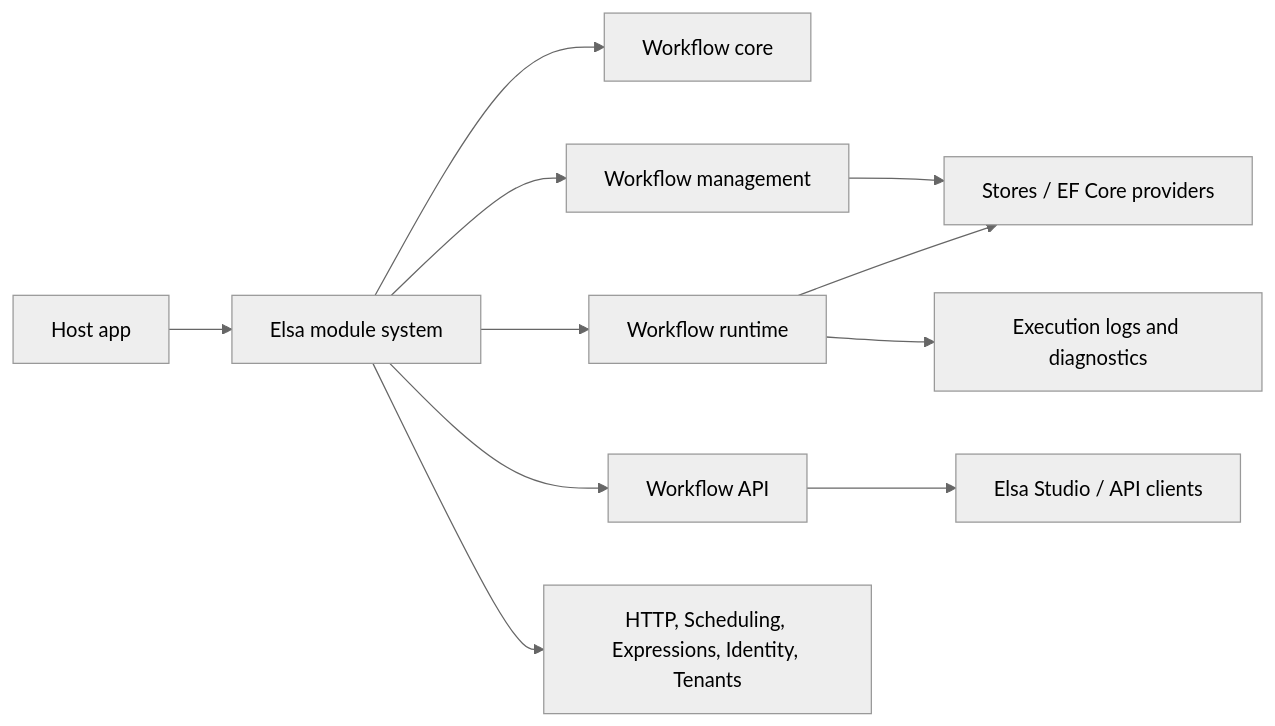
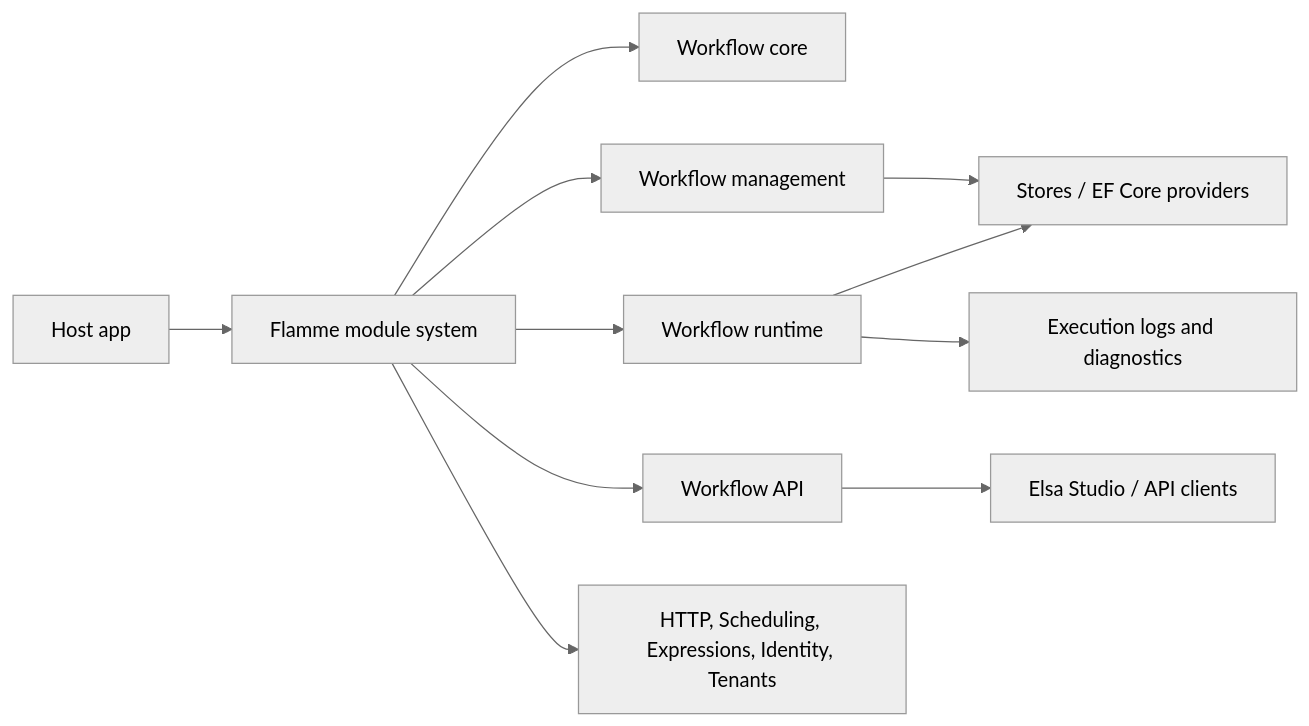
The diagram in doc/wiki/README.md (DenDeline/flamme-contributions), drawn with Mermaid (neutral theme) before and after one commit. The commit also changed other lines of this file and 8355 other files, not shown here.

First line of the commit message:
refactor(dotnet)!: rename packages, namespaces, and host APIs to Flamme (#76)

````diff
--- a/doc/wiki/README.md
+++ b/doc/wiki/README.md
@@ -23,13 +23,13 @@
 ```mermaid
 flowchart LR
-    App["Host app"] --> Module["Elsa module system"]
+    App["Host app"] --> Module["Flamme module system"]
     Module --> Core["Workflow core"]
     Module --> Management["Workflow management"]
     Module --> Runtime["Workflow runtime"]
     Module --> Api["Workflow API"]
     Module --> Extensions["HTTP, Scheduling, Expressions, Identity, Tenants"]
     Management --> Persistence["Stores / EF Core providers"]
     Runtime --> Persistence
     Runtime --> Logs["Execution logs and diagnostics"]
     Api --> Studio["Elsa Studio / API clients"]
 ```
````
